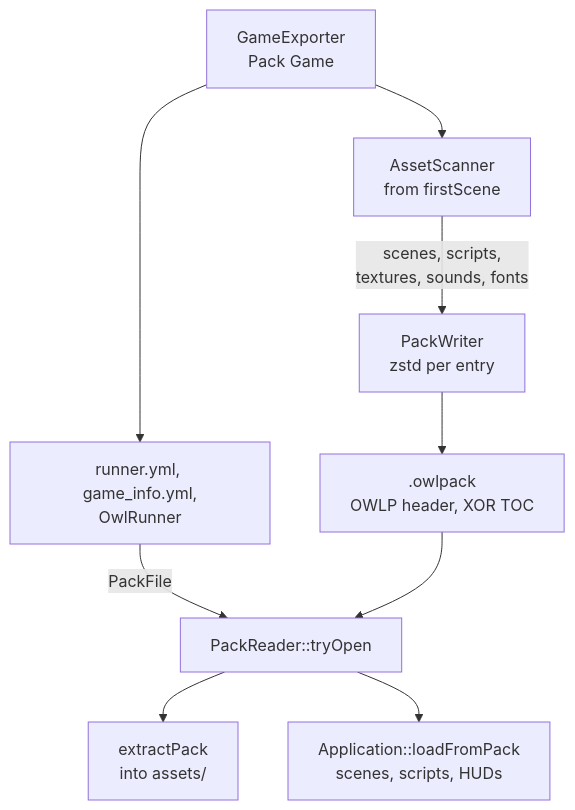
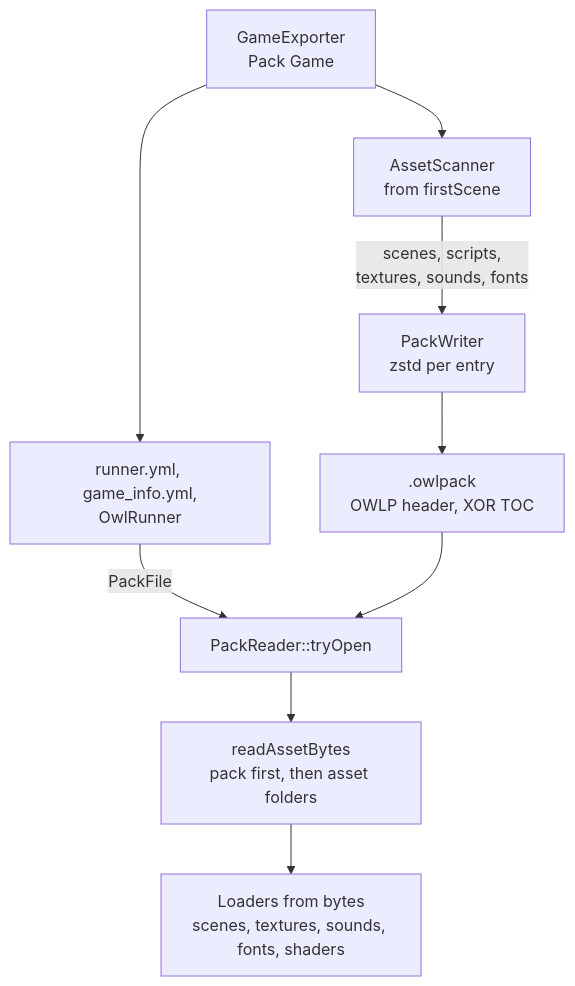
One commit to Silmaen/Owl changed the sixth of 6 diagrams in doc/pages/architecture.md. Above: the diagram before and after it, drawn with Mermaid. The commit also changed other lines of this file and 34 other files, not shown here.

````diff
--- a/doc/pages/architecture.md
+++ b/doc/pages/architecture.md
@@ -375,11 +376,11 @@
 ```mermaid
 flowchart TD
     Exp["GameExporter<br/>Pack Game"] --> Scan["AssetScanner<br/>from firstScene"]
     Scan -->|"scenes, scripts,<br/>textures, sounds, fonts"| Writer["PackWriter<br/>zstd per entry"]
     Writer --> Pack[".owlpack<br/>OWLP header, XOR TOC"]
     Exp --> Folder["runner.yml, game_info.yml,<br/>OwlRunner"]
     Folder -->|PackFile| Reader["PackReader::tryOpen"]
     Pack --> Reader
-    Reader --> Ext["extractPack<br/>into assets/"]
-    Reader --> Load["Application::loadFromPack<br/>scenes, scripts, HUDs"]
+    Reader --> Bytes["readAssetBytes<br/>pack first, then asset folders"]
+    Bytes --> Load["Loaders from bytes<br/>scenes, textures, sounds, fonts, shaders"]
 ```
````
